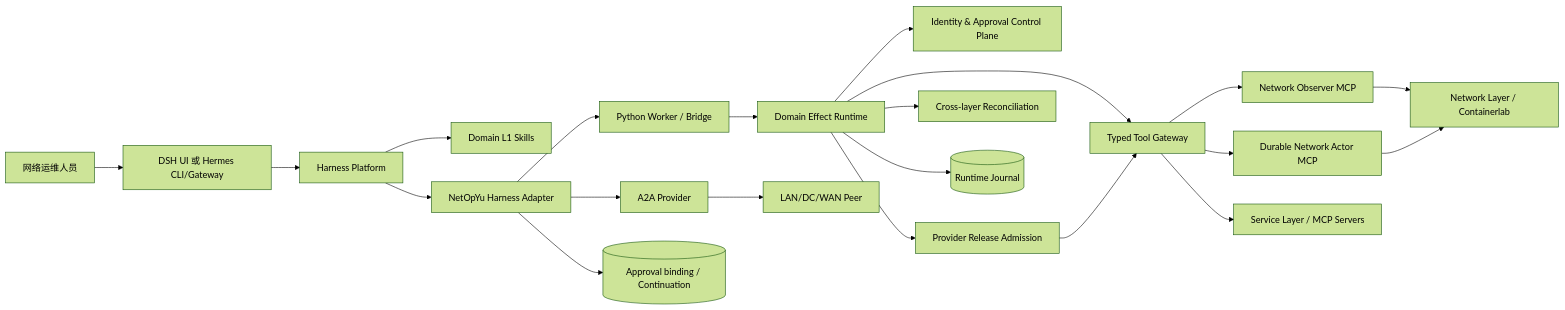
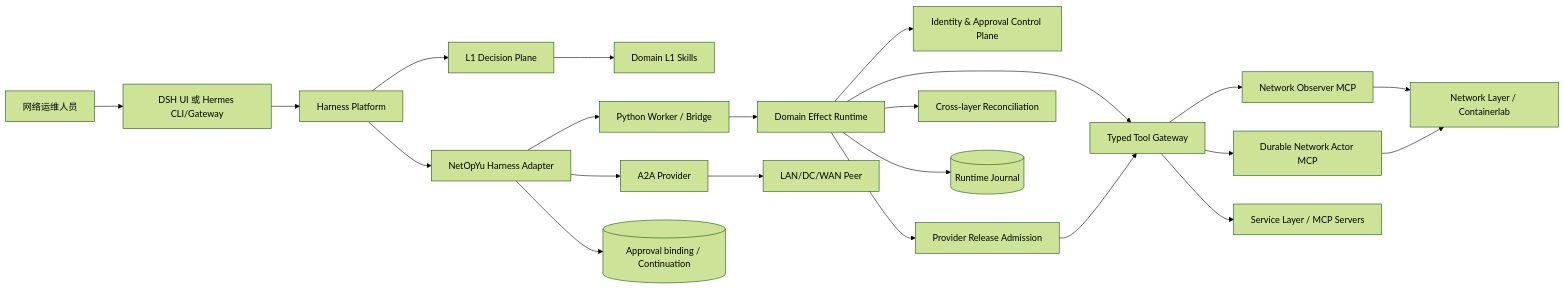
Before and after one commit to kevinyjk25/NetOpYuAgent: the first of 4 diagrams in HLD.md, drawn with Mermaid (forest theme). The commit also changed other lines of this file and 65 other files, not shown here.

````diff
--- a/HLD.md
+++ b/HLD.md
@@ -29,23 +29,24 @@
 ```mermaid
 flowchart LR
     O[网络运维人员] --> UI[DSH UI 或 Hermes CLI/Gateway]
     UI --> DSH[Harness Platform]
-    DSH --> L1[Domain L1 Skills]
+    DSH --> DP[L1 Decision Plane]
+    DP --> L1[Domain L1 Skills]
     DSH --> P[NetOpYu Harness Adapter]
     P --> W[Python Worker / Bridge]
     W --> NR[Domain Effect Runtime]
     NR --> IA[Identity & Approval Control Plane]
     NR --> PS[Provider Release Admission]
     NR --> TG[Typed Tool Gateway]
     PS --> TG
     TG --> NO[Network Observer MCP]
     TG --> NA[Durable Network Actor MCP]
     NO --> NL[Network Layer / Containerlab]
     NA --> NL
     TG --> SL[Service Layer / MCP Servers]
     NR --> REC[Cross-layer Reconciliation]
     P --> A2A[A2A Provider]
     A2A --> PEER[LAN/DC/WAN Peer]
     NR --> J[(Runtime Journal)]
     P --> H[(Approval binding / Continuation)]
 ```
````
